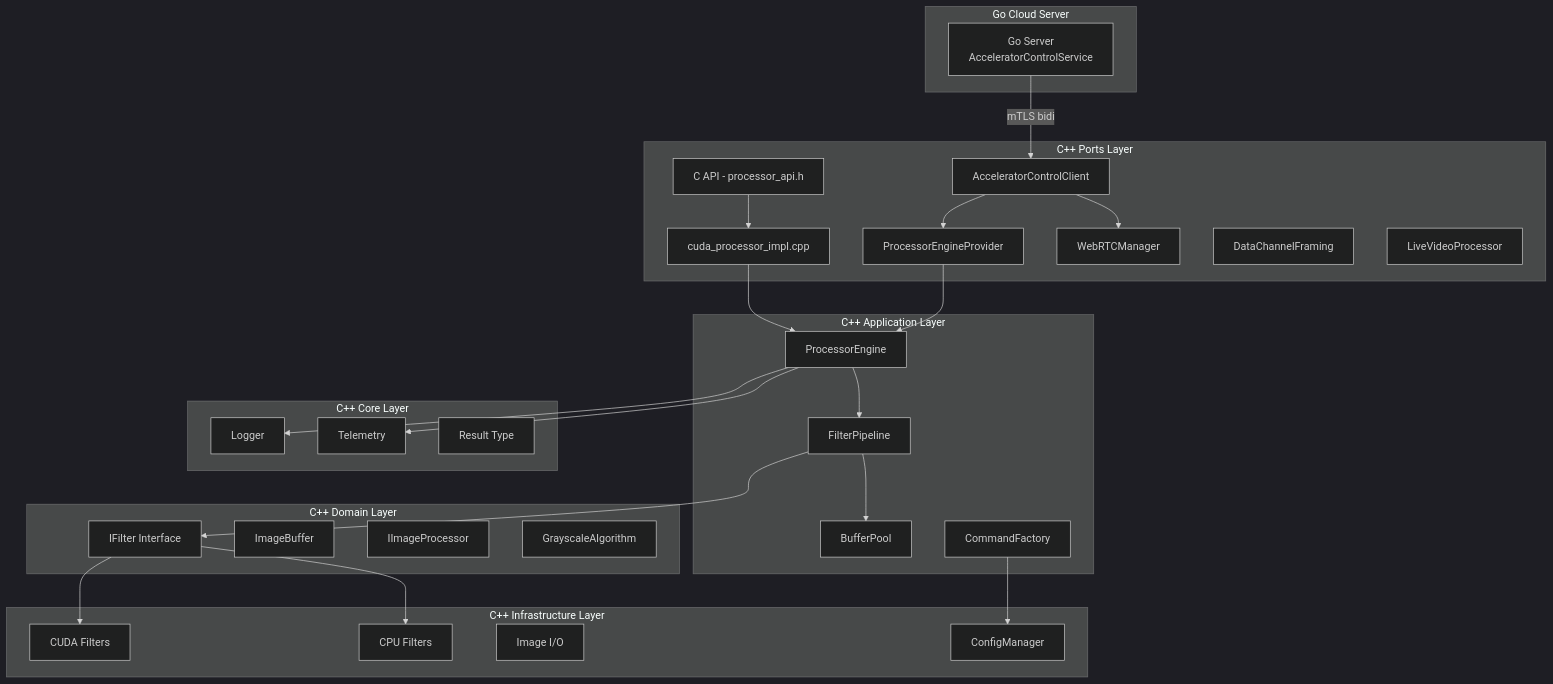
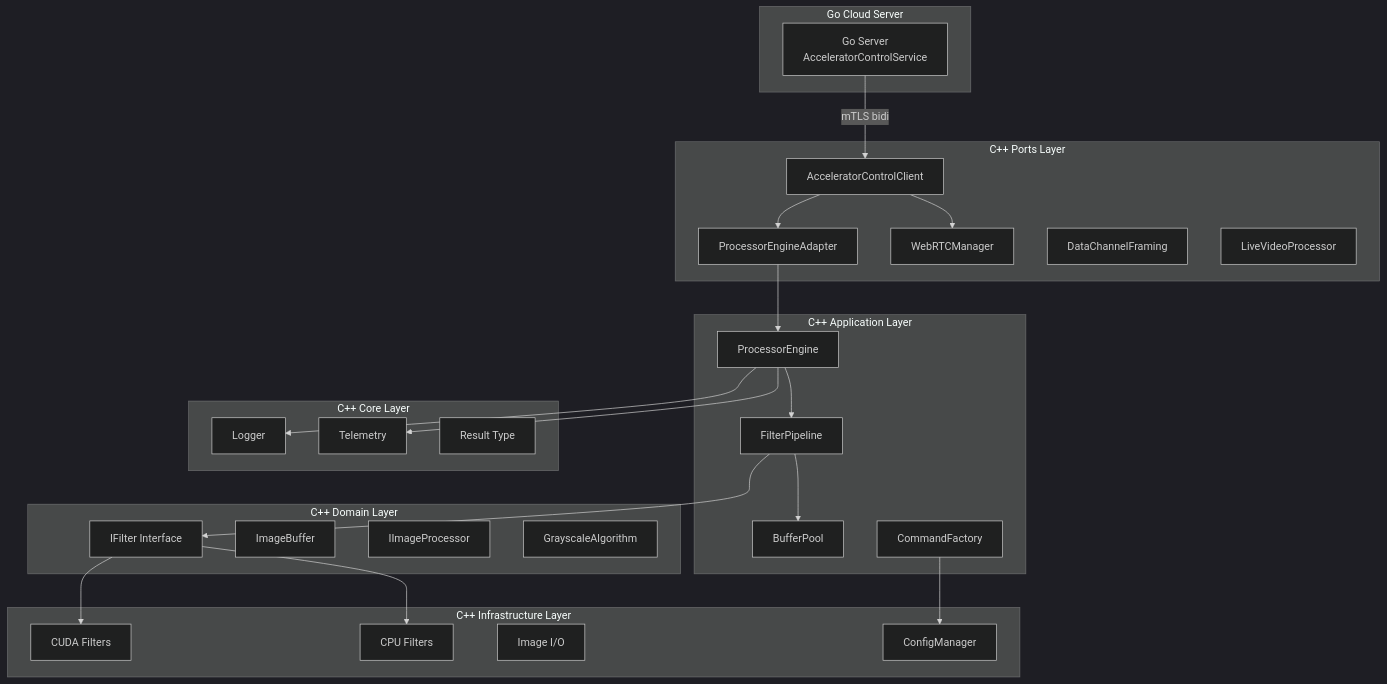
Before and after one commit to josnelihurt/learning-cuda: the second of 4 diagrams in src/cpp_accelerator/README.md, drawn with Mermaid (dark theme). The commit also changed other lines of this file, not shown here.

````diff
--- a/src/cpp_accelerator/README.md
+++ b/src/cpp_accelerator/README.md
@@ -95,59 +81,55 @@
 ```mermaid
 graph TB
     subgraph "Go Cloud Server"
         GoServer[Go Server<br/>AcceleratorControlService]
     end
-    
+
     subgraph "C++ Ports Layer"
-        CAPI[C API - processor_api.h]
-        SharedLib[cuda_processor_impl.cpp]
         AccelClient[AcceleratorControlClient]
-        Provider[ProcessorEngineProvider]
+        Provider[ProcessorEngineAdapter]
         WebRTCPort[WebRTCManager]
         DataChannelFraming[DataChannelFraming]
         LiveVideoProcessor[LiveVideoProcessor]
     end
-    
+
     subgraph "C++ Application Layer"
         ProcessorEngine[ProcessorEngine]
         FilterPipeline[FilterPipeline]
         BufferPool[BufferPool]
         CommandFactory[CommandFactory]
     end
-    
+
     subgraph "C++ Domain Layer"
         IFilter[IFilter Interface]
         ImageBuffer[ImageBuffer]
         IImageProcessor[IImageProcessor]
         GrayscaleAlgorithm[GrayscaleAlgorithm]
     end
-    
+
     subgraph "C++ Infrastructure Layer"
         CudaFilters[CUDA Filters]
         CpuFilters[CPU Filters]
         ImageIO[Image I/O]
         ConfigManager[ConfigManager]
     end
-    
+
     subgraph "C++ Core Layer"
         Logger[Logger]
         Telemetry[Telemetry]
         Result[Result Type]
     end
-    
+
     GoServer -->|mTLS bidi| AccelClient
     AccelClient --> Provider
     Provider --> ProcessorEngine
     AccelClient --> WebRTCPort
-    
-    CAPI --> SharedLib
-    SharedLib --> ProcessorEngine
+
     ProcessorEngine --> FilterPipeline
     FilterPipeline --> BufferPool
     FilterPipeline --> IFilter
     IFilter --> CudaFilters
     IFilter --> CpuFilters
     CommandFactory --> ConfigManager
     ProcessorEngine --> Logger
     ProcessorEngine --> Telemetry
 ```
````
